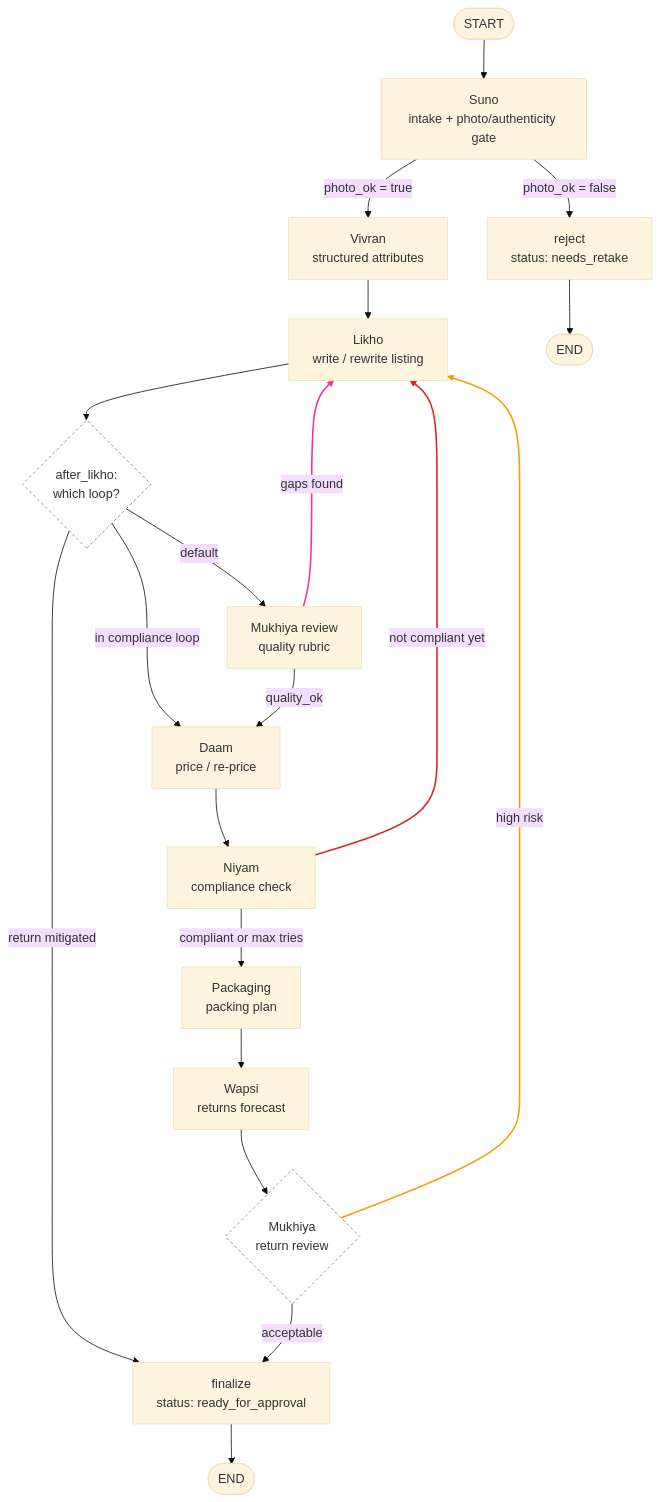
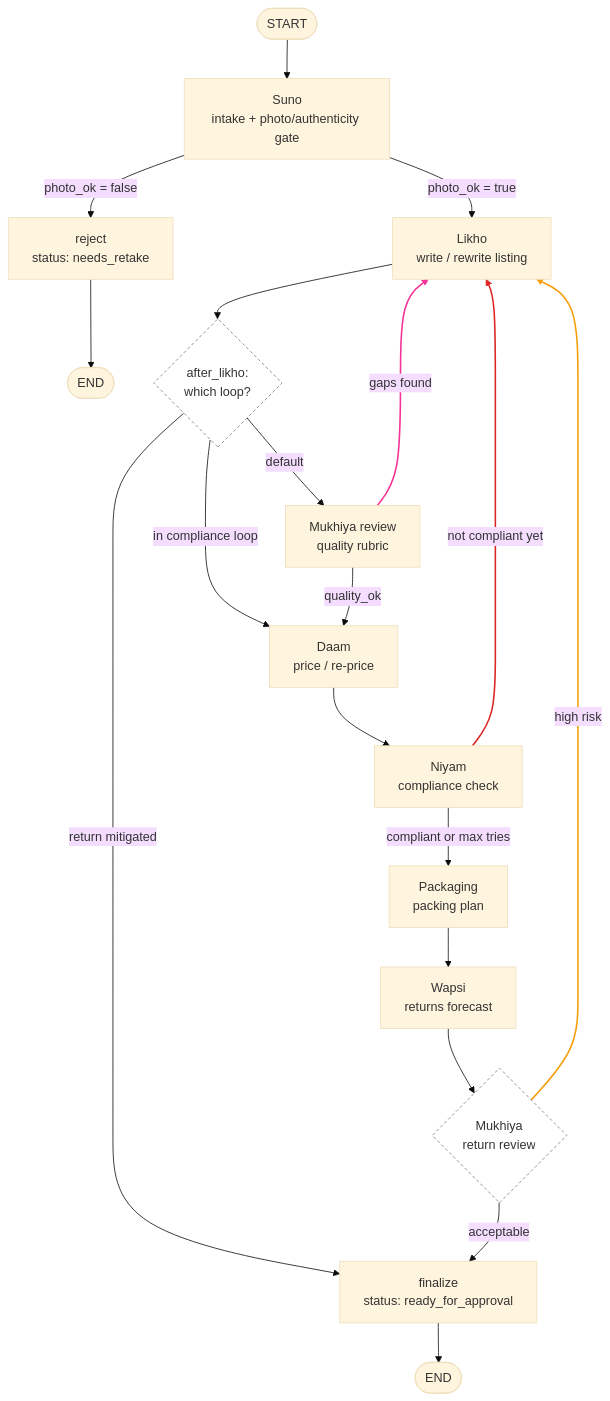
The second of 4 diagrams in docs/ARCHITECTURE.md (sandana1918/Aarambhini), drawn with Mermaid (base theme) before and after one commit. The commit also changed other lines of this file and 3 other files, not shown here.

````diff
--- a/docs/ARCHITECTURE.md
+++ b/docs/ARCHITECTURE.md
@@ -108,35 +108,34 @@
 ```mermaid
 flowchart TD
     START([START]) --> SUNO["Suno<br/>intake + photo/authenticity gate"]
 
     SUNO -->|photo_ok = false| REJECT["reject<br/>status: needs_retake"]
-    SUNO -->|photo_ok = true| VIVRAN["Vivran<br/>structured attributes"]
-    VIVRAN --> LIKHO["Likho<br/>write / rewrite listing"]
+    SUNO -->|photo_ok = true| LIKHO["Likho<br/>write / rewrite listing"]
     REJECT --> ENDR([END])
 
     LIKHO --> AFTER{"after_likho:<br/>which loop?"}
     AFTER -->|default| REVIEW["Mukhiya review<br/>quality rubric"]
     AFTER -->|in compliance loop| DAAM["Daam<br/>price / re-price"]
     AFTER -->|return mitigated| FINAL["finalize<br/>status: ready_for_approval"]
 
     REVIEW -->|gaps found| LIKHO
     REVIEW -->|quality_ok| DAAM
 
     DAAM --> NIYAM["Niyam<br/>compliance check"]
     NIYAM -->|not compliant yet| LIKHO
     NIYAM -->|compliant or max tries| PACK["Packaging<br/>packing plan"]
 
     PACK --> WAPSI["Wapsi<br/>returns forecast"]
     WAPSI --> RR{"Mukhiya<br/>return review"}
     RR -->|high risk| LIKHO
     RR -->|acceptable| FINAL
 
     FINAL --> ENDF([END])
 
-    linkStyle 9 stroke:#f43397,stroke-width:2px;
-    linkStyle 12 stroke:#dc2626,stroke-width:2px;
-    linkStyle 16 stroke:#f59e0b,stroke-width:2px;
+    linkStyle 8 stroke:#f43397,stroke-width:2px;
+    linkStyle 11 stroke:#dc2626,stroke-width:2px;
+    linkStyle 15 stroke:#f59e0b,stroke-width:2px;
 
     classDef gate fill:#fff,stroke:#7c7a87,stroke-dasharray:4 3;
     class AFTER,RR gate;
 ```
````
